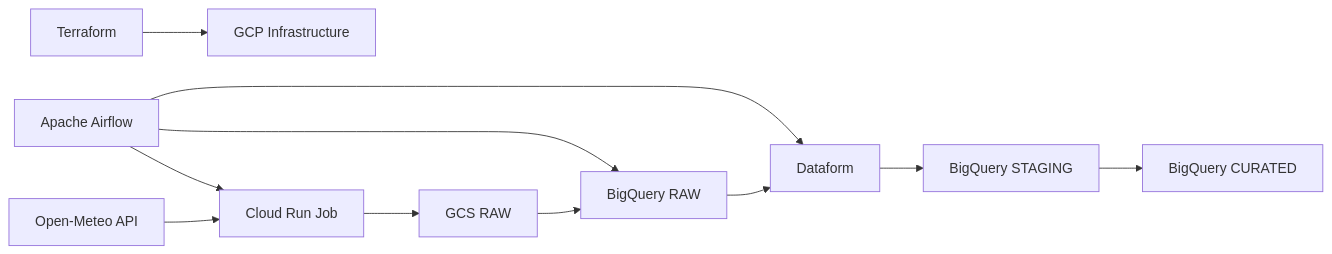
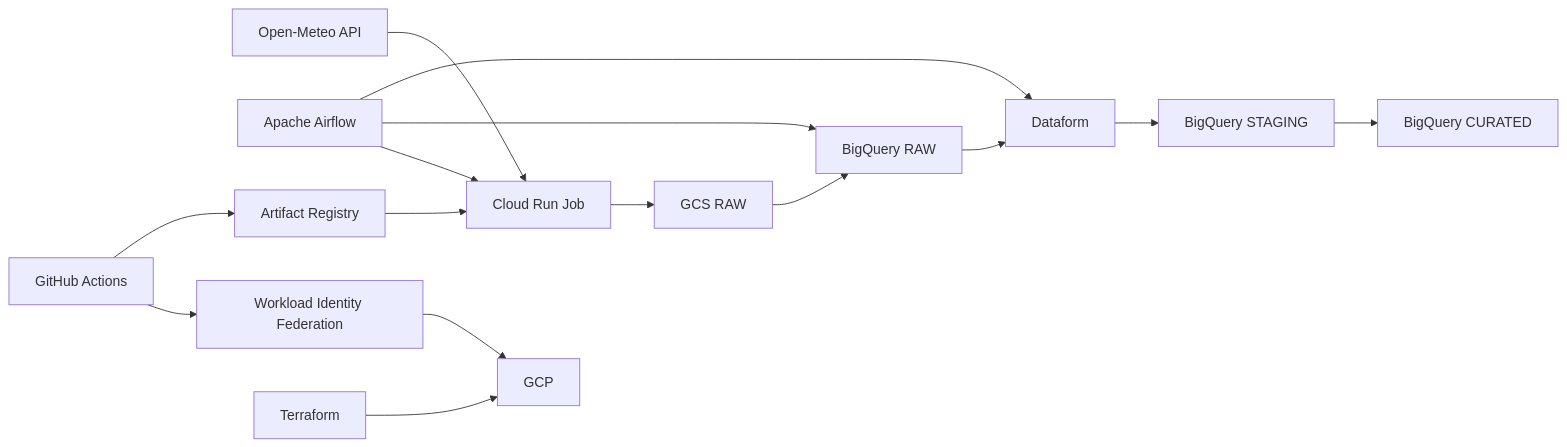
Before and after one commit to Maugun/gcp-weather-data-platform: the diagram in README.md, drawn with Mermaid. The commit also changed other lines of this file and 6 other files, not shown here.

Commit message:
feat: add GitHub Actions CI and workload identity federation

````diff
--- a/README.md
+++ b/README.md
@@ -11,16 +11,22 @@
 ```mermaid
 flowchart LR
     API[Open-Meteo API] --> CR[Cloud Run Job]
     CR --> GCS[GCS RAW]
     GCS --> BQRAW[BigQuery RAW]
 
     BQRAW --> DF[Dataform]
     DF --> STG[BigQuery STAGING]
     STG --> CUR[BigQuery CURATED]
 
     AF[Apache Airflow] --> CR
     AF --> BQRAW
     AF --> DF
 
-    TF[Terraform] --> GCP[GCP Infrastructure]
+    GH[GitHub Actions] --> WIF[Workload Identity Federation]
+    WIF --> GCP[GCP]
+
+    GH --> AR[Artifact Registry]
+    AR --> CR
+
+    TF[Terraform] --> GCP
 ```
````
